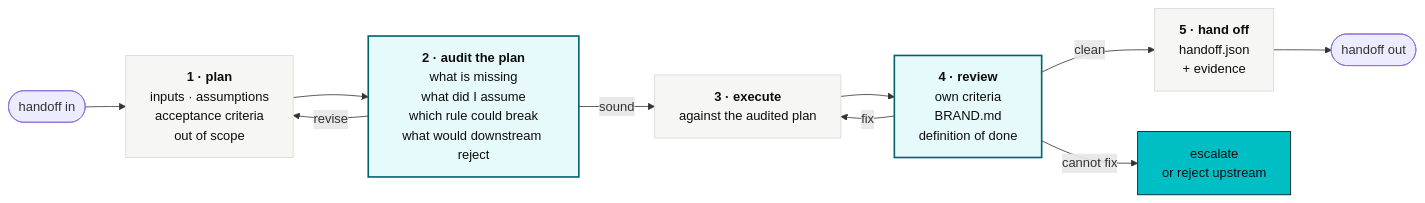
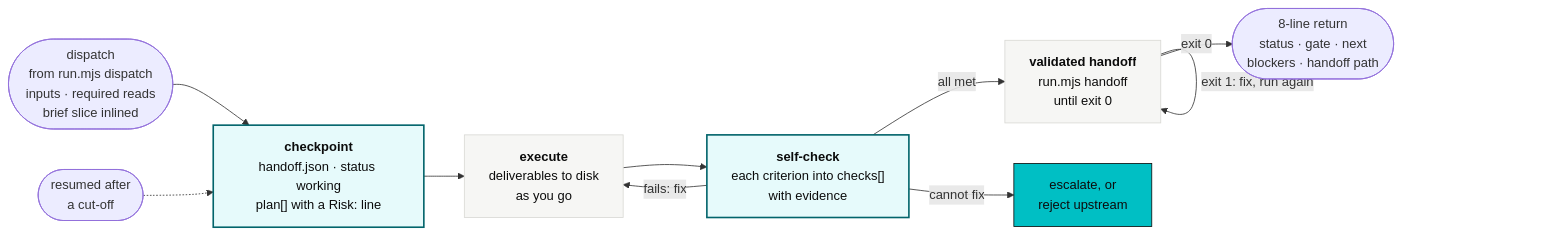
The second of 3 diagrams in docs/WORKFLOW.md (Shehabov/actio), drawn with Mermaid before and after one commit. The commit also changed other lines of this file and 116 other files, not shown here.

````diff
--- a/docs/WORKFLOW.md
+++ b/docs/WORKFLOW.md
@@ -118,25 +196,24 @@
 ```mermaid
 flowchart LR
-  IN(["handoff in"]) --> P
+  IN(["dispatch<br/>from run.mjs dispatch<br/>inputs · required reads<br/>brief slice inlined"]) --> CP
+  RESUME(["resumed after<br/>a cut-off"]) -.-> CP
 
-  P["<b>1 · plan</b><br/>inputs · assumptions<br/>acceptance criteria<br/>out of scope"]:::step
-  A["<b>2 · audit the plan</b><br/>what is missing<br/>what did I assume<br/>which rule could break<br/>what would downstream reject"]:::audit
-  E["<b>3 · execute</b><br/>against the audited plan"]:::step
-  R["<b>4 · review</b><br/>own criteria<br/>BRAND.md<br/>definition of done"]:::audit
-  H["<b>5 · hand off</b><br/>handoff.json<br/>+ evidence"]:::step
+  CP["<b>checkpoint</b><br/>handoff.json · status working<br/>plan[] with a Risk: line"]:::audit
+  EX["<b>execute</b><br/>deliverables to disk<br/>as you go"]:::step
+  SC["<b>self-check</b><br/>each criterion into checks[]<br/>with evidence"]:::audit
+  HO["<b>validated handoff</b><br/>run.mjs handoff<br/>until exit 0"]:::step
+  RET(["8-line return<br/>status · gate · next<br/>blockers · handoff path"])
+  ESC["escalate, or<br/>reject upstream"]:::esc
 
-  P --> A
-  A -- "revise" --> P
-  A -- "sound" --> E
-  E --> R
-  R -- "fix" --> E
-  R -- "cannot fix" --> ESC
-  R -- "clean" --> H
-  H --> OUT(["handoff out"])
-
-  ESC["escalate<br/>or reject upstream"]:::esc
+  CP --> EX
+  EX --> SC
+  SC -- "fails: fix" --> EX
+  SC -- "cannot fix" --> ESC
+  SC -- "all met" --> HO
+  HO -- "exit 1: fix, run again" --> HO
+  HO -- "exit 0" --> RET
 
   classDef step fill:#F6F6F4,stroke:#D8D8D4,color:#0C0C0C
   classDef audit fill:#E6FAFB,stroke:#02646B,stroke-width:2px,color:#0C0C0C
   classDef esc fill:#00BFC4,stroke:#0C0C0C,color:#0C0C0C
 ```
````
